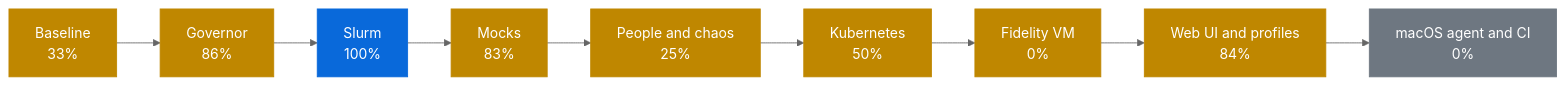
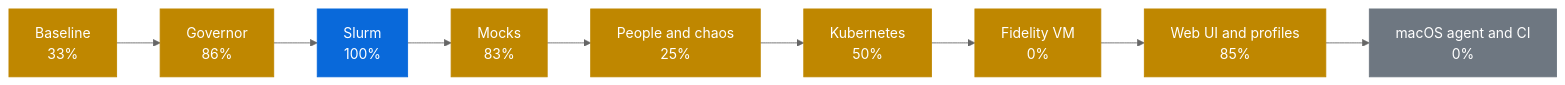
One commit to AhmedYousriSobhi/workbench changed the first of 2 diagrams in docs/PROGRESS.md. Above: the diagram before and after it, drawn with Mermaid (neutral theme). The commit also changed other lines of this file and 5 other files, not shown here.

````diff
--- a/docs/PROGRESS.md
+++ b/docs/PROGRESS.md
@@ -10,17 +10,17 @@
 ```mermaid
 flowchart LR
     p0["Baseline<br/>33%"]:::partial
     p1["Governor<br/>86%"]:::partial
     p2["Slurm<br/>100%"]:::review
     p3["Mocks<br/>83%"]:::partial
     p4["People and chaos<br/>25%"]:::partial
     p5["Kubernetes<br/>50%"]:::partial
     p6["Fidelity VM<br/>0%"]:::partial
-    p7["Web UI and profiles<br/>84%"]:::partial
+    p7["Web UI and profiles<br/>85%"]:::partial
     p8["macOS agent and CI<br/>0%"]:::todo
     p0 --> p1 --> p2 --> p3 --> p4 --> p5 --> p6 --> p7 --> p8
     classDef done fill:#1a7f37,stroke:#1a7f37,color:#fff
     classDef review fill:#0969da,stroke:#0969da,color:#fff
     classDef partial fill:#bf8700,stroke:#bf8700,color:#fff
     classDef todo fill:#6e7781,stroke:#6e7781,color:#fff
 ```
````
